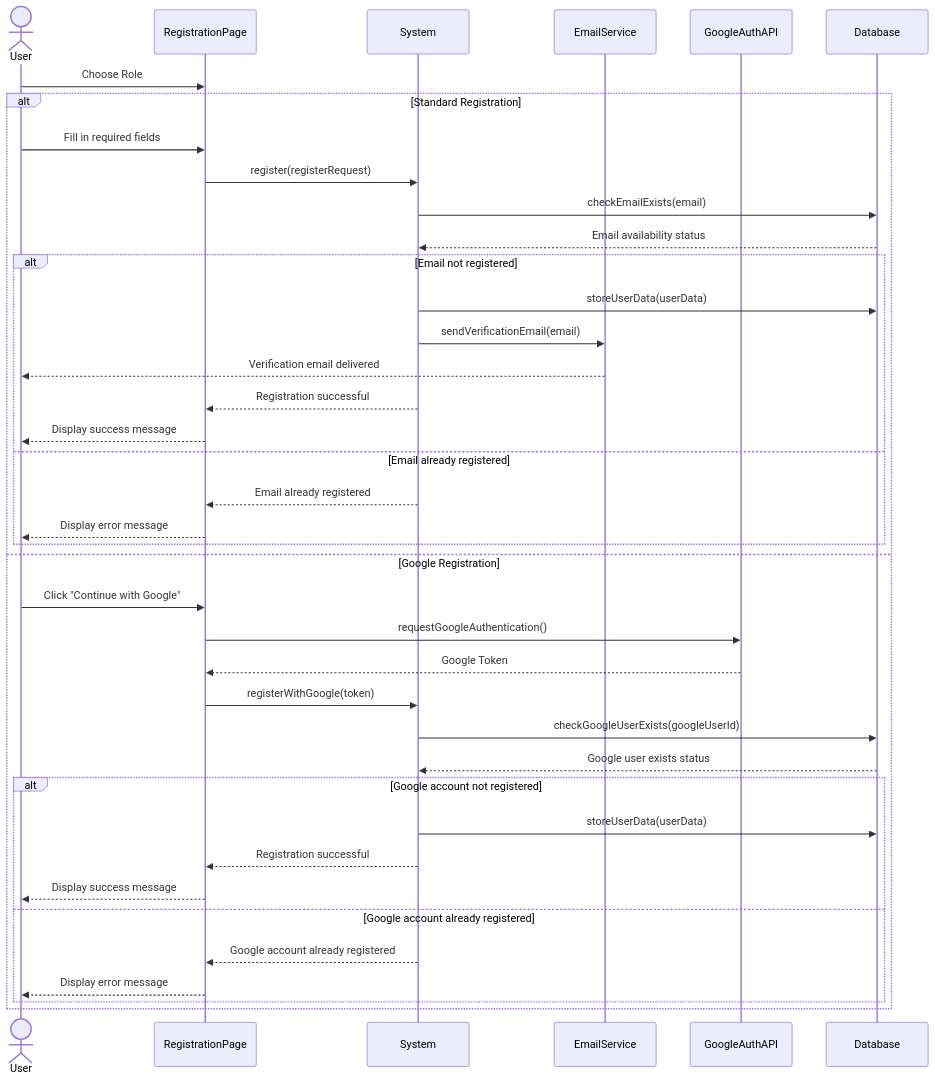
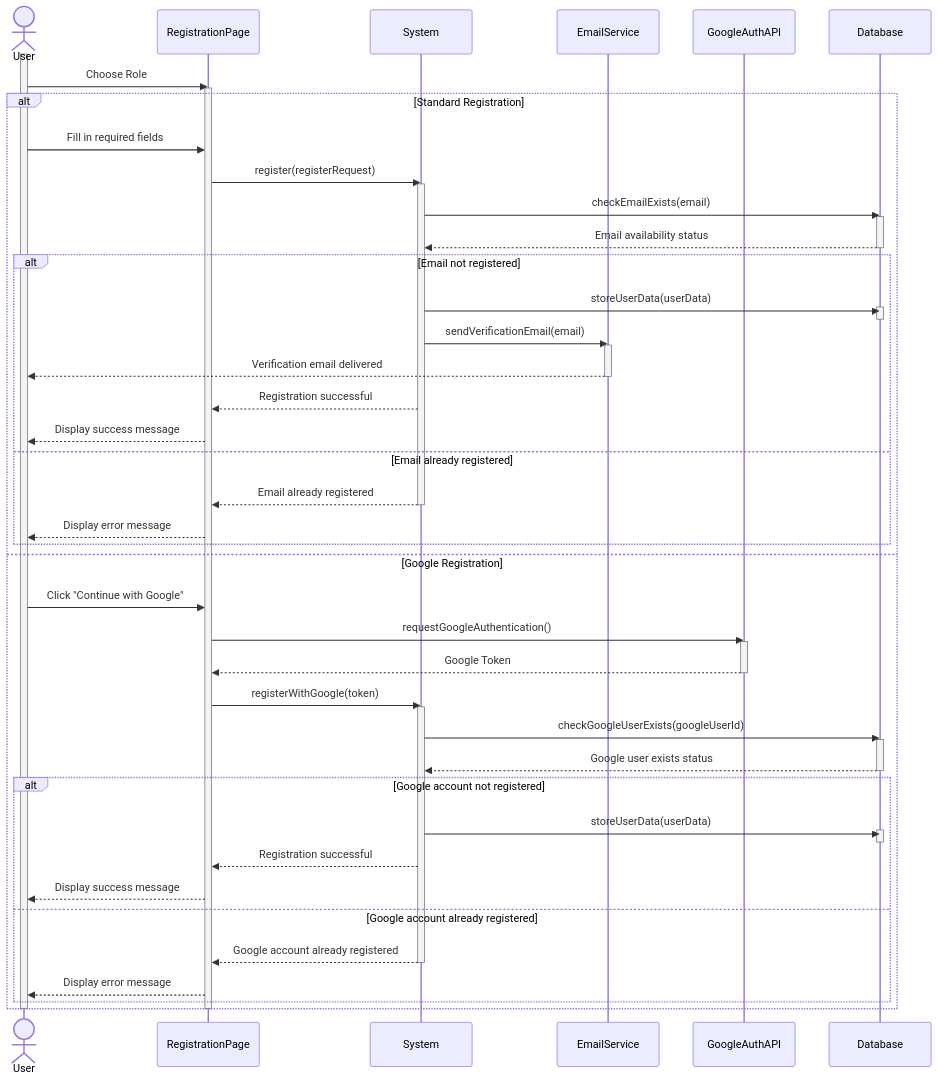
The diagram in registration.mermaid (Shaar03/Diagrams), drawn with Mermaid before and after one commit.

Commit message:
no activation boxes?

```diff
--- a/registration.mermaid
+++ b/registration.mermaid
@@ -1,41 +1,68 @@
 sequenceDiagram
     actor User
     participant RegistrationPage
     participant System
     participant EmailService
     participant GoogleAuthAPI
     participant Database
 
+    activate User
     User->>RegistrationPage: Choose Role
+    activate RegistrationPage
     
     alt Standard Registration
         User->>RegistrationPage: Fill in required fields
         RegistrationPage->>System: register(registerRequest)
+        activate System
         System->>Database: checkEmailExists(email)
+        activate Database
         Database-->>System: Email availability status
+        deactivate Database
+        
         alt Email not registered
             System->>Database: storeUserData(userData)
+            activate Database
+            deactivate Database
+            
             System->>EmailService: sendVerificationEmail(email)
+            activate EmailService
             EmailService-->>User: Verification email delivered
+            deactivate EmailService
+            
             System-->>RegistrationPage: Registration successful
             RegistrationPage-->>User: Display success message
         else Email already registered
             System-->>RegistrationPage: Email already registered
+            deactivate System
             RegistrationPage-->>User: Display error message
         end
     else Google Registration
         User->>RegistrationPage: Click "Continue with Google"
         RegistrationPage->>GoogleAuthAPI: requestGoogleAuthentication()
+        activate GoogleAuthAPI
         GoogleAuthAPI-->>RegistrationPage: Google Token
+        deactivate GoogleAuthAPI
+        
         RegistrationPage->>System: registerWithGoogle(token)
+        activate System
         System->>Database: checkGoogleUserExists(googleUserId)
+        activate Database
         Database-->>System: Google user exists status
+        deactivate Database
+        
         alt Google account not registered
             System->>Database: storeUserData(userData)
+            activate Database
+            deactivate Database
+            
             System-->>RegistrationPage: Registration successful
             RegistrationPage-->>User: Display success message
         else Google account already registered
             System-->>RegistrationPage: Google account already registered
+            deactivate System
             RegistrationPage-->>User: Display error message
         end
     end
+    
+    deactivate RegistrationPage
+    deactivate User
```
